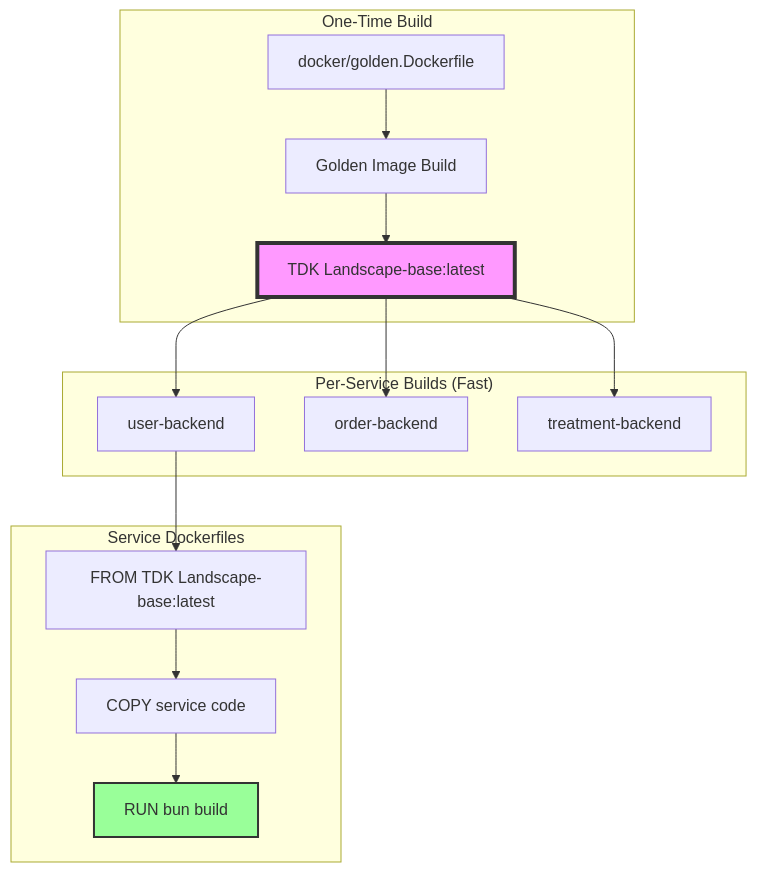
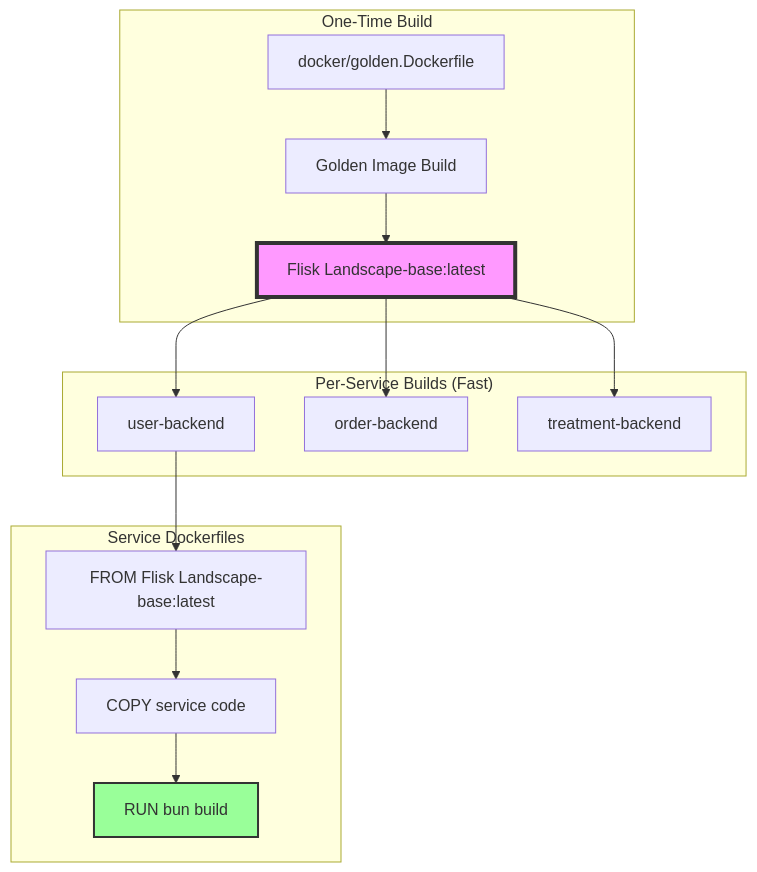
One commit to AK-Lmn/tdk-cli-core changed the third of 5 diagrams in engine/docs/C4-ARCHITECTURE-operations.md. Above: the diagram before and after it, drawn with Mermaid. The commit also changed other lines of this file and 1386 other files, not shown here.

````diff
--- a/engine/docs/C4-ARCHITECTURE-operations.md
+++ b/engine/docs/C4-ARCHITECTURE-operations.md
@@ -152,32 +152,32 @@
 ```mermaid
 graph TB
     subgraph "One-Time Build"
         GD[docker/golden.Dockerfile]
         GB[Golden Image Build]
-        GI[TDK Landscape-base:latest]
+        GI[Flisk Landscape-base:latest]
     end
     
     subgraph "Per-Service Builds (Fast)"
         S1[user-backend]
         S2[order-backend]
         S3[treatment-backend]
     end
     
     subgraph "Service Dockerfiles"
-        DF1[FROM TDK Landscape-base:latest]
+        DF1[FROM Flisk Landscape-base:latest]
         DF2[COPY service code]
         DF3[RUN bun build]
     end
     
     GD --> GB
     GB --> GI
     GI --> S1
     GI --> S2
     GI --> S3
     S1 --> DF1
     DF1 --> DF2
     DF2 --> DF3
     
     style GI fill:#f9f,stroke:#333,stroke-width:4px
     style DF3 fill:#9f9,stroke:#333,stroke-width:2px
 ```
````
